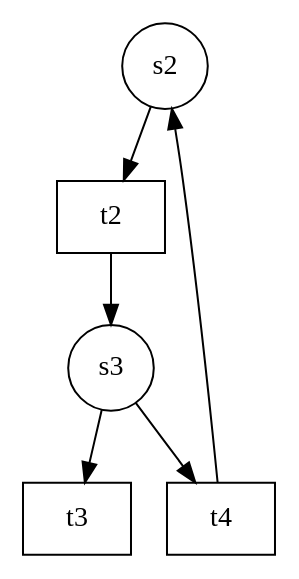
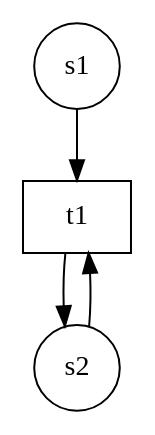
One commit to dnannen/reduction-of-petri-nets changed the diagram in src/graph.gv. Above: the diagram before and after it, drawn with Graphviz. The commit also changed 3 other files, not shown here.

```diff
--- a/src/graph.gv
+++ b/src/graph.gv
@@ -1,13 +1,9 @@
 digraph petrinet{
 node[shape=circle];
+"s1";
 "s2";
-"s3";
-"t2" [shape=box];
-"t3" [shape=box];
-"t4" [shape=box];
-"t2"->"s3"
-"s2"->"t2"
-"s3"->"t3"
-"s3"->"t4"
-"t4"->"s2"
+"t1" [shape=box];
+"s1"->"t1"
+"s2"->"t1"
+"t1"->"s2"
 }
```
